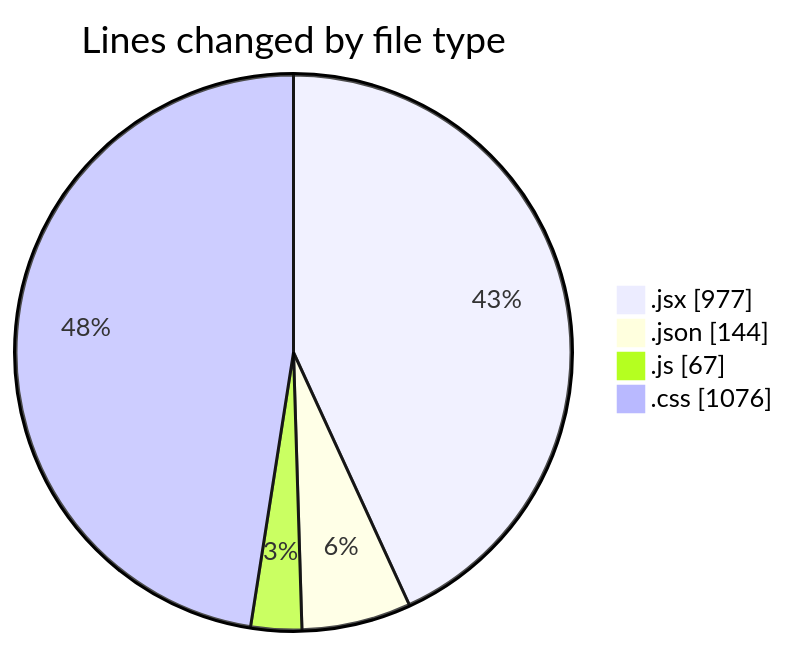
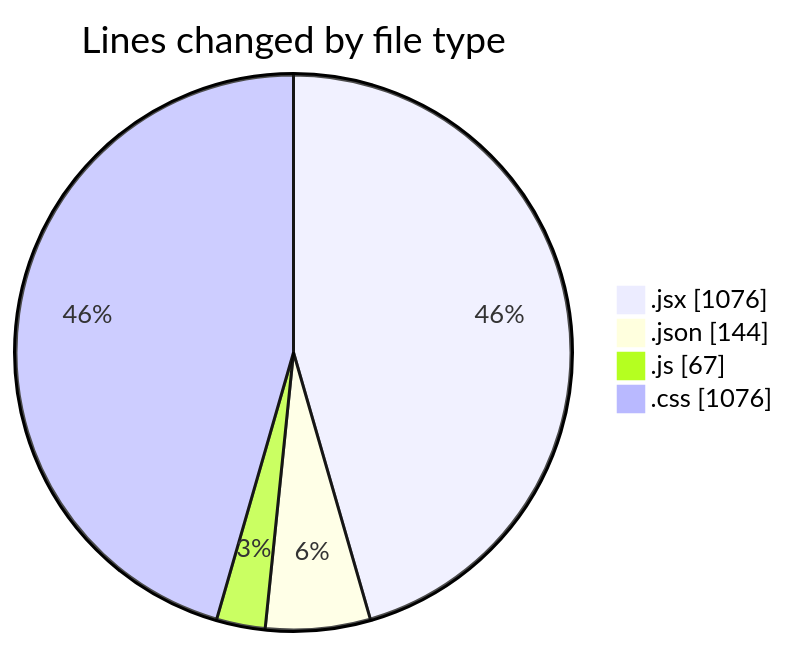
Before and after one commit to BS-eng2023/code-tracking: the first of 2 diagrams in 2025-05-04/project/README.md, drawn with Mermaid. The commit also changed other lines of this file and 1 other file, not shown here.

````diff
--- a/2025-05-04/project/README.md
+++ b/2025-05-04/project/README.md
@@ -35,8 +35,8 @@
 ```mermaid
 pie showData
 title Lines changed by file type
-".jsx" : 977
+".jsx" : 1076
 ".json" : 144
 ".js" : 67
 ".css" : 1076
 ```
````
